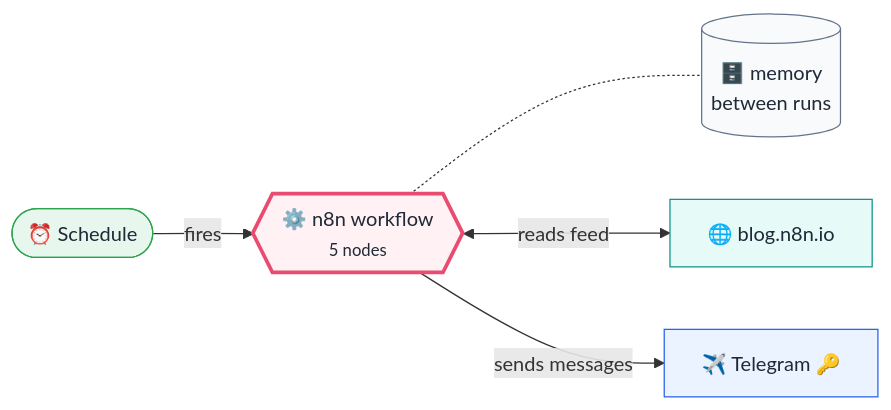
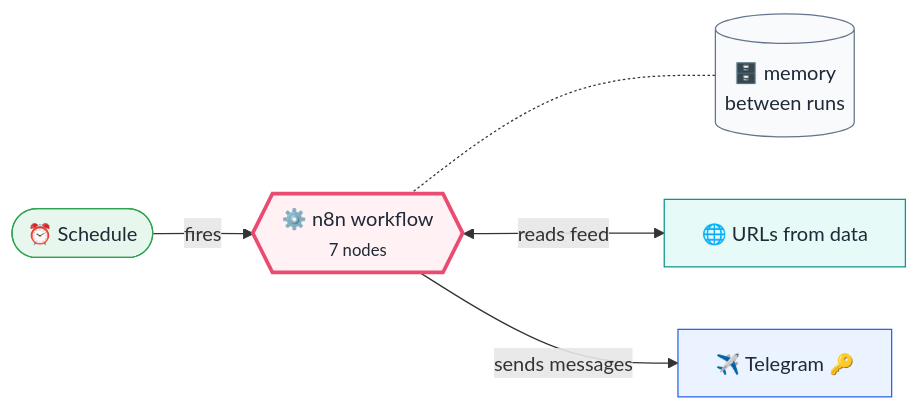
One commit to callme-siva/n8n-knowledge changed the first of 2 diagrams in workflows/Q08-rss-to-telegram-dedupe/README.md. Above: the diagram before and after it, drawn with Mermaid. The commit also changed other lines of this file and 118 other files, not shown here.

````diff
--- a/workflows/Q08-rss-to-telegram-dedupe/README.md
+++ b/workflows/Q08-rss-to-telegram-dedupe/README.md
@@ -33,19 +34,19 @@
 ```mermaid
 flowchart LR
   s0(["⏰ Schedule"]):::time
-  core{{"⚙️ n8n workflow<br/><small>5 nodes</small>"}}:::n8n
+  core{{"⚙️ n8n workflow<br/><small>7 nodes</small>"}}:::n8n
   state[("🗄️ memory<br/>between runs")]:::store
   core -.- state
-  s1["🌐 blog.n8n.io"]:::ext
+  s1["🌐 URLs from data"]:::ext
   s2["✈️ Telegram 🔑"]:::saas
   s0 -->|"fires"| core
   core <-->|"reads feed"| s1
   core -->|"sends messages"| s2
   classDef person fill:#FFF4E5,stroke:#F59E0B,color:#1F2937
   classDef time fill:#E8F7EE,stroke:#2EA44F,color:#1F2937
   classDef saas fill:#EAF3FF,stroke:#2563EB,color:#1F2937
   classDef ai fill:#F1EBFF,stroke:#7C3AED,color:#1F2937
   classDef ext fill:#E6FAF8,stroke:#0D9488,color:#1F2937
   classDef n8n fill:#FFF1F4,stroke:#EA4B71,stroke-width:3px,color:#1F2937
   classDef store fill:#F8FAFC,stroke:#64748B,color:#1F2937
 ```
````
